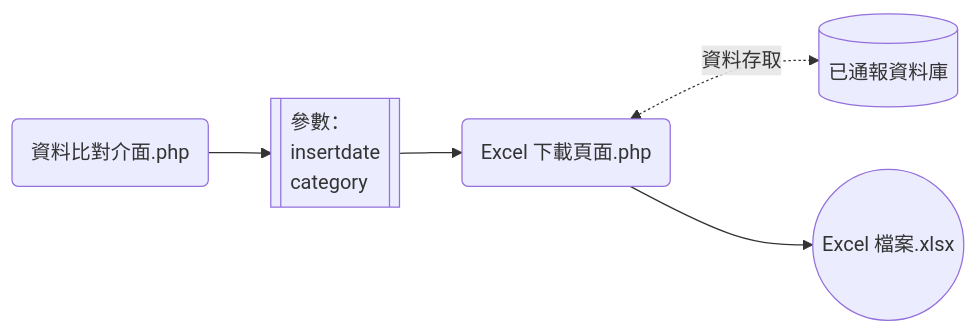
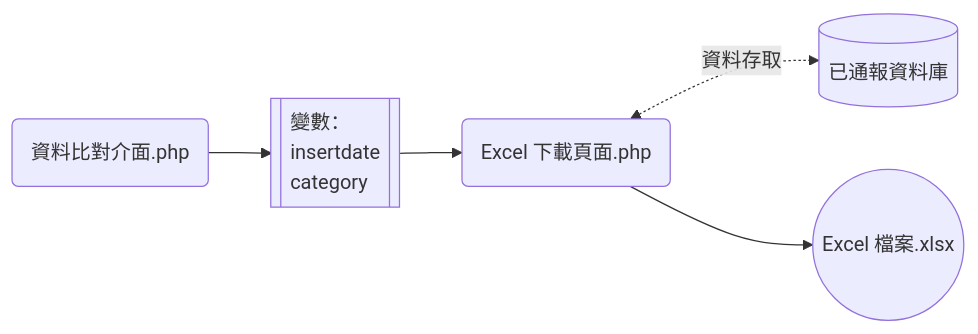
One commit to lambolyu/hugo-blog changed the first of 2 diagrams in content/posts/2023-12-smis-report/index.md. Above: the diagram before and after it, drawn with Mermaid. The commit also changed other lines of this file and 1 other file, not shown here.

````diff
--- a/content/posts/2023-12-smis-report/index.md
+++ b/content/posts/2023-12-smis-report/index.md
@@ -28,8 +37,8 @@
 ```mermaid
 flowchart LR
-    A("資料比對介面.php") --> B[["參數：\ninsertdate\ncategory"]]
+    A("資料比對介面.php") --> B[["變數：\ninsertdate\ncategory"]]
     style B text-align:left
     B-->C("Excel 下載頁面.php")
     C<-.->|資料存取|D[("已通報資料庫")]
     C-->E(("Excel 檔案.xlsx"))
 ```
````
